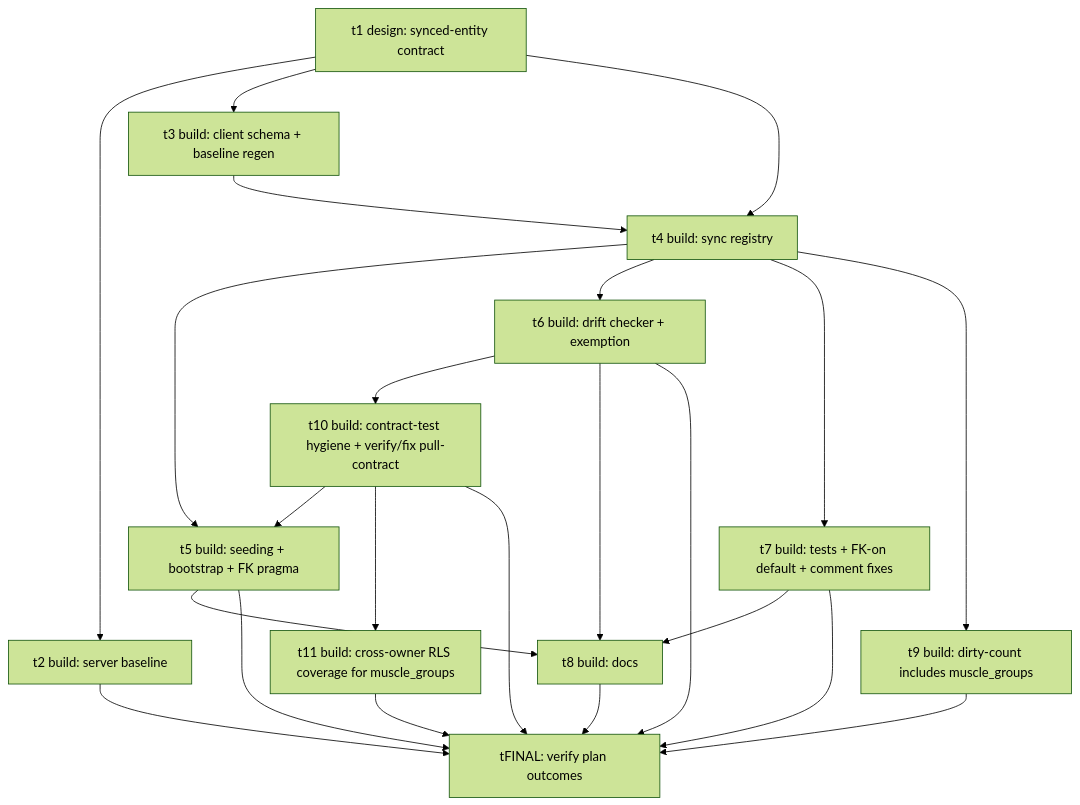
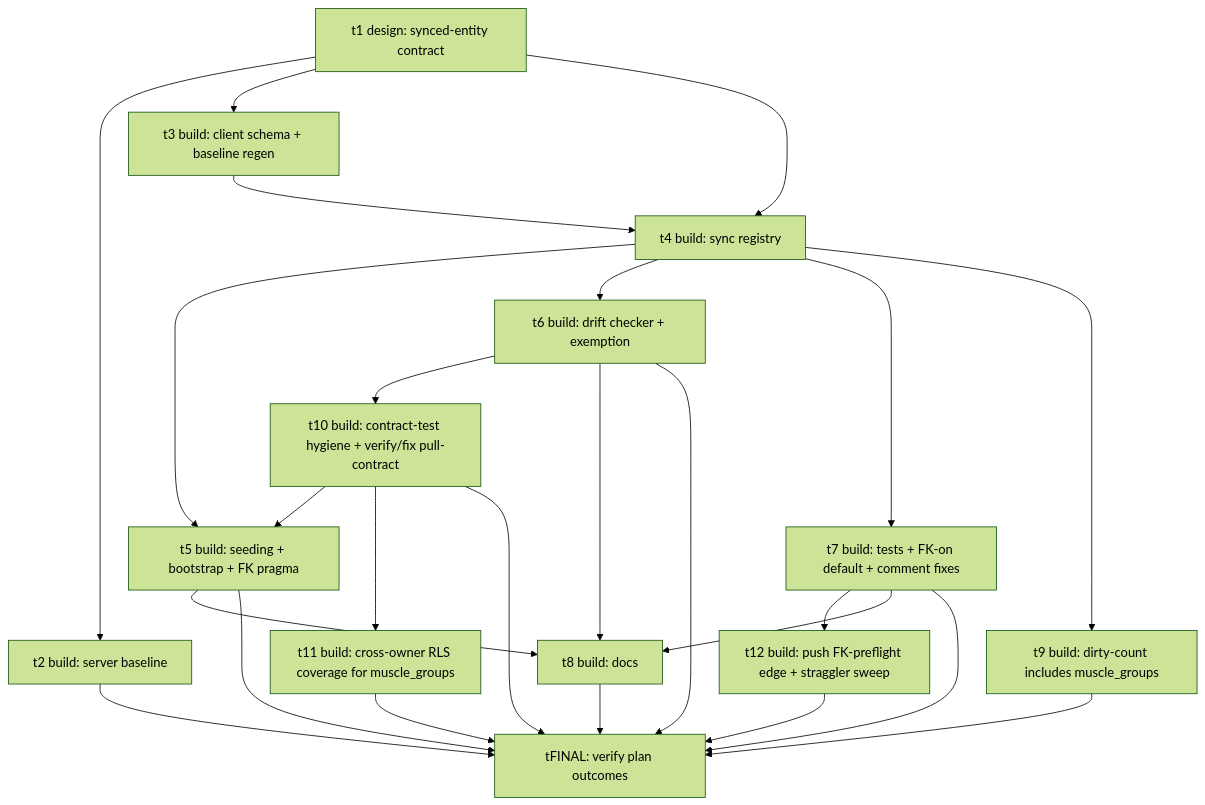
One commit to Brotherhood-of-Ghisa/BOGA3 changed the diagram in docs/plans/muscle-groups-synced-entity/plan.md. Above: the diagram before and after it, drawn with Mermaid (forest theme). The commit also changed other lines of this file and 4 other files, not shown here.

````diff
--- a/docs/plans/muscle-groups-synced-entity/plan.md
+++ b/docs/plans/muscle-groups-synced-entity/plan.md
@@ -104,25 +104,27 @@
 ```mermaid
 graph TD
   t1[t1 design: synced-entity contract] --> t2[t2 build: server baseline]
   t1 --> t3[t3 build: client schema + baseline regen]
   t3 --> t4[t4 build: sync registry]
   t1 --> t4
   t4 --> t5[t5 build: seeding + bootstrap + FK pragma]
   t4 --> t6[t6 build: drift checker + exemption]
   t4 --> t7[t7 build: tests + FK-on default + comment fixes]
   t4 --> t9[t9 build: dirty-count includes muscle_groups]
   t6 --> t10[t10 build: contract-test hygiene + verify/fix pull-contract]
   t10 --> t5
   t10 --> t11[t11 build: cross-owner RLS coverage for muscle_groups]
+  t7 --> t12[t12 build: push FK-preflight edge + straggler sweep]
   t2 --> tFINAL
   t5 --> t8[t8 build: docs]
   t6 --> t8
   t7 --> t8
   t8 --> tFINAL[tFINAL: verify plan outcomes]
   t5 --> tFINAL
   t6 --> tFINAL
   t7 --> tFINAL
   t9 --> tFINAL
   t10 --> tFINAL
   t11 --> tFINAL
+  t12 --> tFINAL
 ```
````
